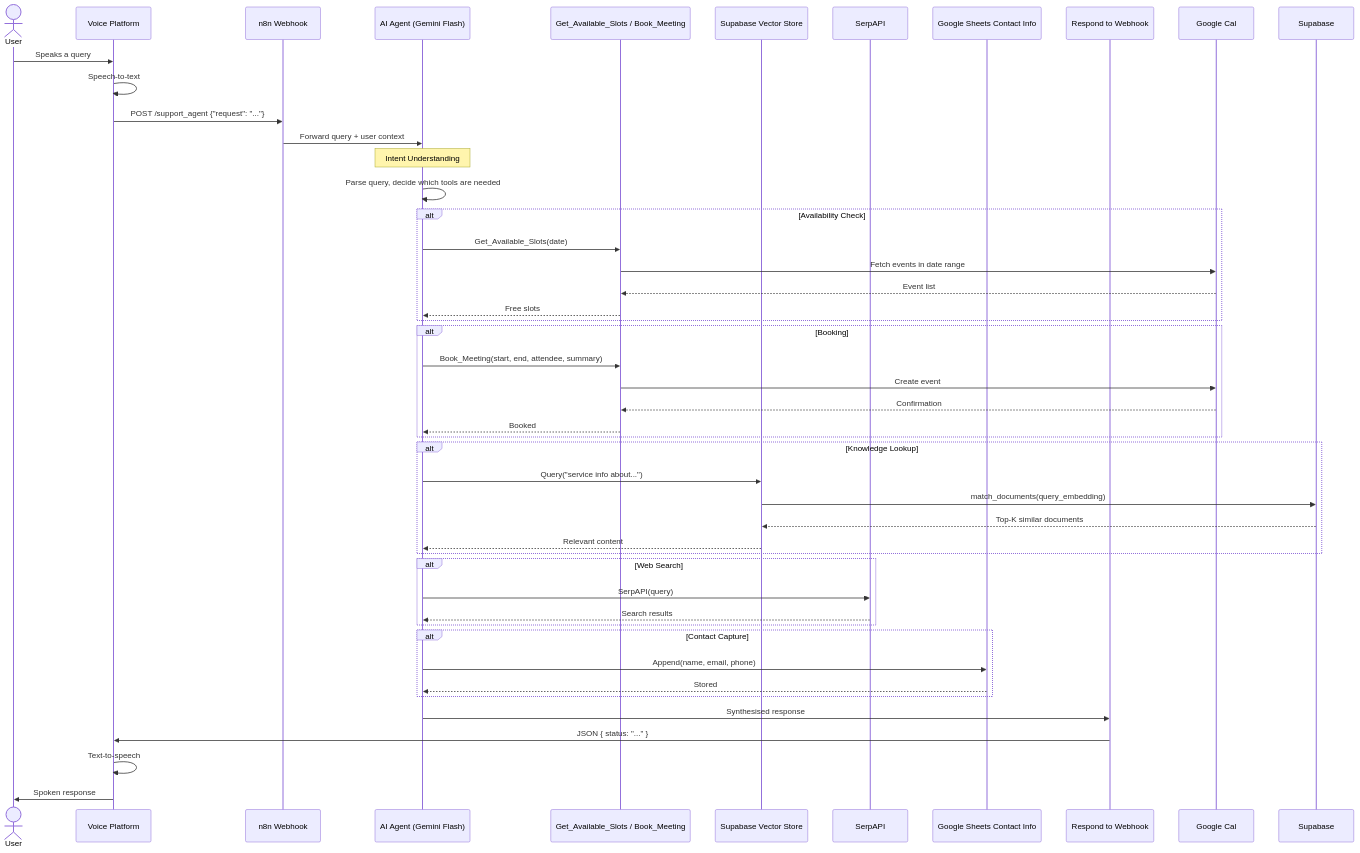
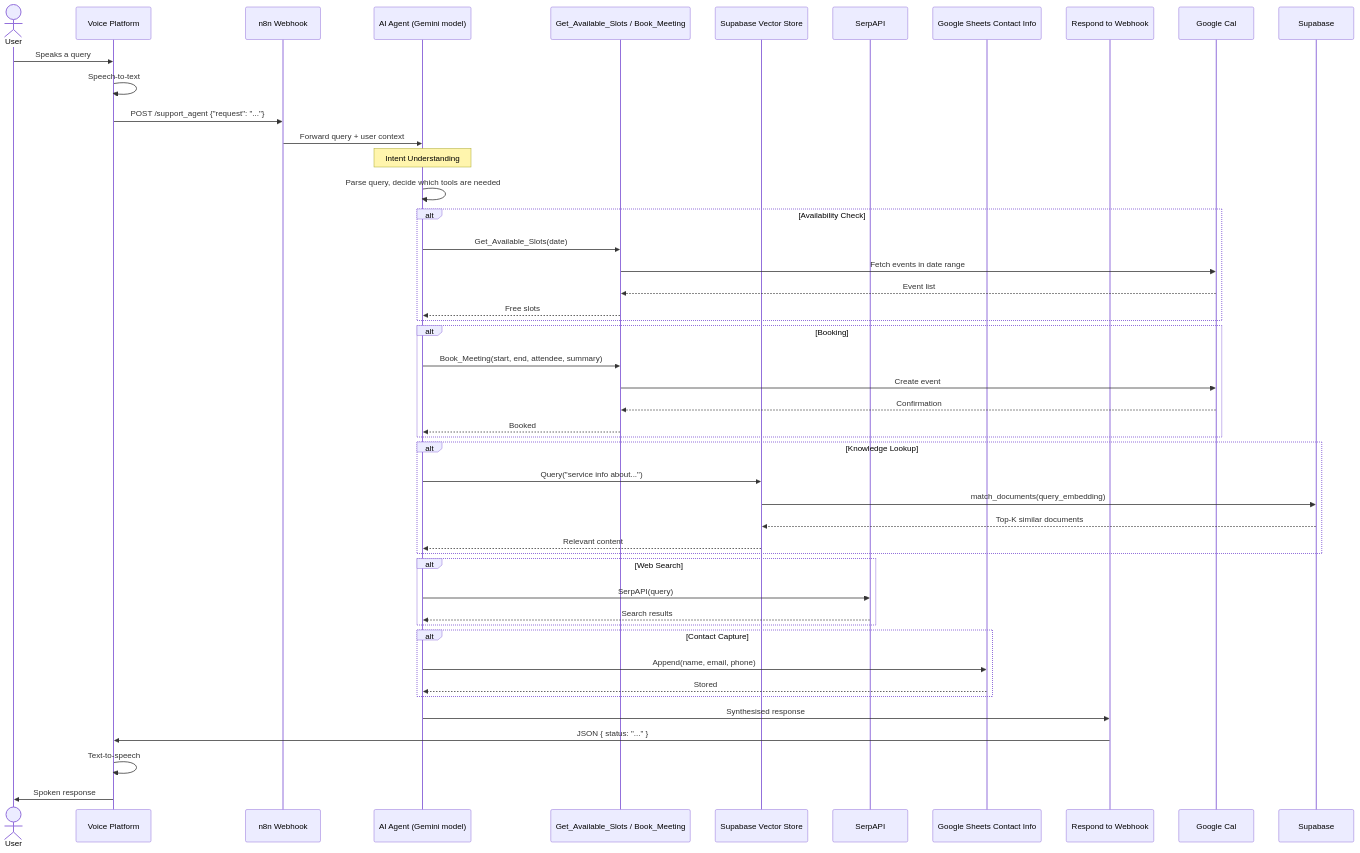
One commit to strider1000/Demo-Workflow-Automations changed the second of 4 diagrams in Voice_Rag_Agent/ARCHITECTURE.md. Above: the diagram before and after it, drawn with Mermaid. The commit also changed other lines of this file and 4 other files, not shown here.

````diff
--- a/Voice_Rag_Agent/ARCHITECTURE.md
+++ b/Voice_Rag_Agent/ARCHITECTURE.md
@@ -63,56 +63,56 @@
 ```mermaid
 sequenceDiagram
     actor User
     participant Voice as Voice Platform
     participant Webhook as n8n Webhook
-    participant Agent as AI Agent (Gemini Flash)
+    participant Agent as AI Agent (Gemini model)
     participant Calendar as Get_Available_Slots / Book_Meeting
     participant VectorDB as Supabase Vector Store
     participant Search as SerpAPI
     participant Sheets as Google Sheets Contact Info
     participant Respond as Respond to Webhook
 
     User->>Voice: Speaks a query
     Voice->>Voice: Speech-to-text
     Voice->>Webhook: POST /support_agent {"request": "..."}
     Webhook->>Agent: Forward query + user context
 
     Note over Agent: Intent Understanding
     Agent->>Agent: Parse query, decide which tools are needed
 
     alt Availability Check
         Agent->>Calendar: Get_Available_Slots(date)
         Calendar->>Google Cal: Fetch events in date range
         Google Cal-->>Calendar: Event list
         Calendar-->>Agent: Free slots
     end
 
     alt Booking
         Agent->>Calendar: Book_Meeting(start, end, attendee, summary)
         Calendar->>Google Cal: Create event
         Google Cal-->>Calendar: Confirmation
         Calendar-->>Agent: Booked
     end
 
     alt Knowledge Lookup
         Agent->>VectorDB: Query("service info about...")
         VectorDB->>Supabase: match_documents(query_embedding)
         Supabase-->>VectorDB: Top-K similar documents
         VectorDB-->>Agent: Relevant content
     end
 
     alt Web Search
         Agent->>Search: SerpAPI(query)
         Search-->>Agent: Search results
     end
 
     alt Contact Capture
         Agent->>Sheets: Append(name, email, phone)
         Sheets-->>Agent: Stored
     end
 
     Agent->>Respond: Synthesised response
     Respond->>Voice: JSON { status: "..." }
     Voice->>Voice: Text-to-speech
     Voice->>User: Spoken response
 ```
````
